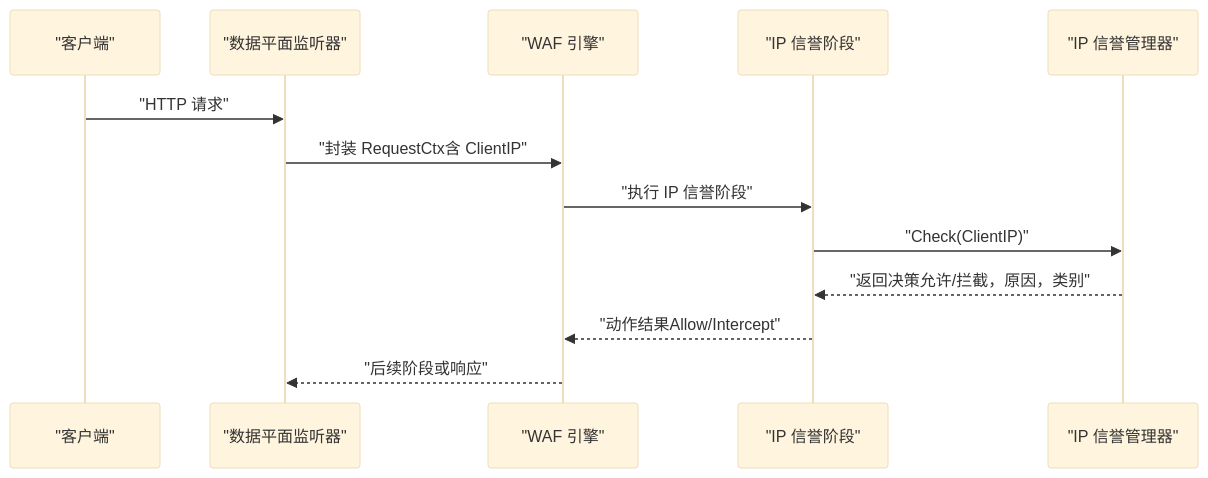
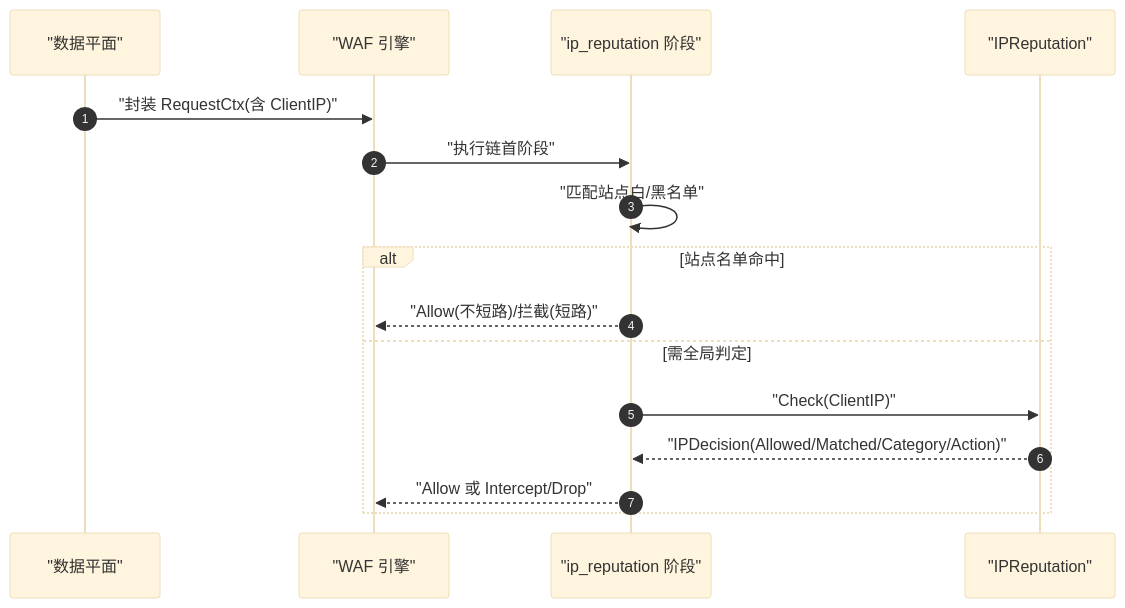
One commit to x01n/My-OpenWaf changed the second of 6 diagrams in docs/WAF 引擎系统/处理阶段详解/IP 信誉检查阶段.md. Above: the diagram before and after it, drawn with Mermaid (base theme). The commit also changed other lines of this file and 622 other files, not shown here.

````diff
--- a/docs/WAF 引擎系统/处理阶段详解/IP 信誉检查阶段.md
+++ b/docs/WAF 引擎系统/处理阶段详解/IP 信誉检查阶段.md
@@ -94,15 +96,18 @@
 ```mermaid
 sequenceDiagram
-participant Client as "客户端"
-participant DP as "数据平面监听器"
-participant Engine as "WAF 引擎"
-participant Phase as "IP 信誉阶段"
-participant Rep as "IP 信誉管理器"
-Client->>DP : "HTTP 请求"
-DP->>Engine : "封装 RequestCtx含 ClientIP"
-Engine->>Phase : "执行 IP 信誉阶段"
-Phase->>Rep : "Check(ClientIP)"
-Rep-->>Phase : "返回决策允许/拦截，原因，类别"
-Phase-->>Engine : "动作结果Allow/Intercept"
-Engine-->>DP : "后续阶段或响应"
+  autonumber
+  participant DP as "数据平面"
+  participant Engine as "WAF 引擎"
+  participant Phase as "ip_reputation 阶段"
+  participant Rep as "IPReputation"
+  DP->>Engine : "封装 RequestCtx(含 ClientIP)"
+  Engine->>Phase : "执行链首阶段"
+  Phase->>Phase : "匹配站点白/黑名单"
+  alt 站点名单命中
+    Phase-->>Engine : "Allow(不短路)/拦截(短路)"
+  else 需全局判定
+    Phase->>Rep : "Check(ClientIP)"
+    Rep-->>Phase : "IPDecision(Allowed/Matched/Category/Action)"
+    Phase-->>Engine : "Allow 或 Intercept/Drop"
+  end
 ```
````
